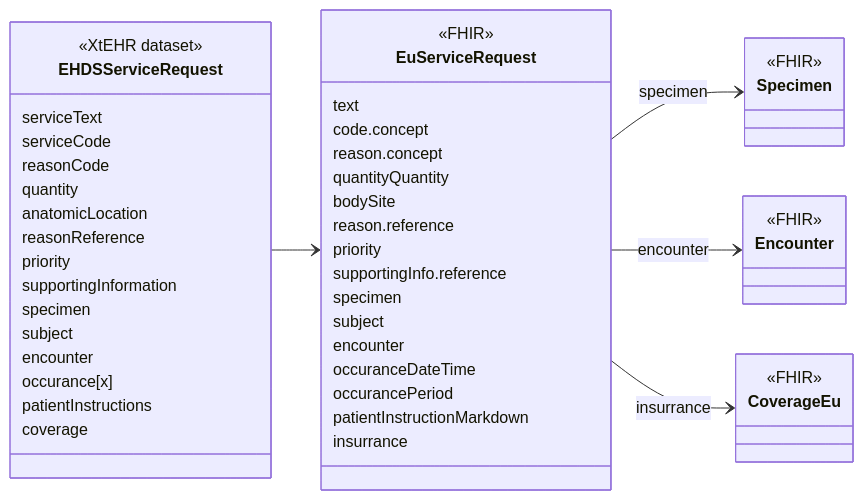
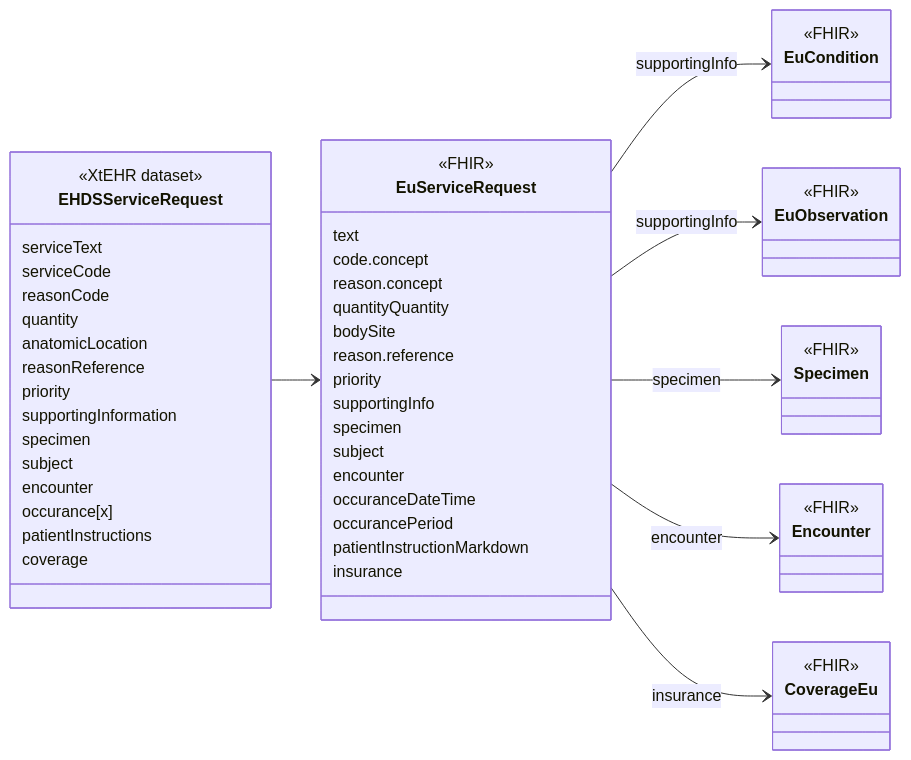
The diagram in input/intro-notes/ConceptMap-EHDSServiceRequestMap-intro.md (oijauregui/ehdsimaging), drawn with Mermaid before and after one commit. The commit also changed 85 other files, not shown here.

````diff
--- a/input/intro-notes/ConceptMap-EHDSServiceRequestMap-intro.md
+++ b/input/intro-notes/ConceptMap-EHDSServiceRequestMap-intro.md
@@ -5,54 +5,62 @@
 ```mermaid
 classDiagram
 direction LR
 class EHDSServiceRequest {
   <<XtEHR dataset>>
   serviceText
   serviceCode
   reasonCode
   quantity
   anatomicLocation
   reasonReference
   priority
   supportingInformation
   specimen
   subject
   encounter
   occurance[x]
   patientInstructions
   coverage
 }
 link EHDSServiceRequest "https://build.fhir.org/ig/Xt-EHR/xt-ehr-common/StructureDefinition-EHDSServiceRequest.html"
 class EuServiceRequest{
   <<FHIR>>
   text
   code.concept
   reason.concept
   quantityQuantity
   bodySite
   reason.reference
   priority
-  supportingInfo.reference
+  supportingInfo
   specimen
   subject
   encounter
   occuranceDateTime
   occurancePeriod
   patientInstructionMarkdown
-  insurrance
+  insurance
 }
 
+class EuCondition {
+  <<FHIR>>
+}
+class  EuObservation {
+  <<FHIR>>
+}
 class Specimen {
   <<FHIR>>
 }
 class Encounter {
   <<FHIR>>
 }
 class CoverageEu {
   <<FHIR>>
 }
 EHDSServiceRequest --> EuServiceRequest
+EuServiceRequest --> EuCondition : supportingInfo
+EuServiceRequest -->  EuObservation : supportingInfo
 EuServiceRequest --> Specimen : specimen
 EuServiceRequest --> Encounter : encounter
-EuServiceRequest --> CoverageEu : insurrance
+EuServiceRequest --> CoverageEu : insurance
 ```
````
